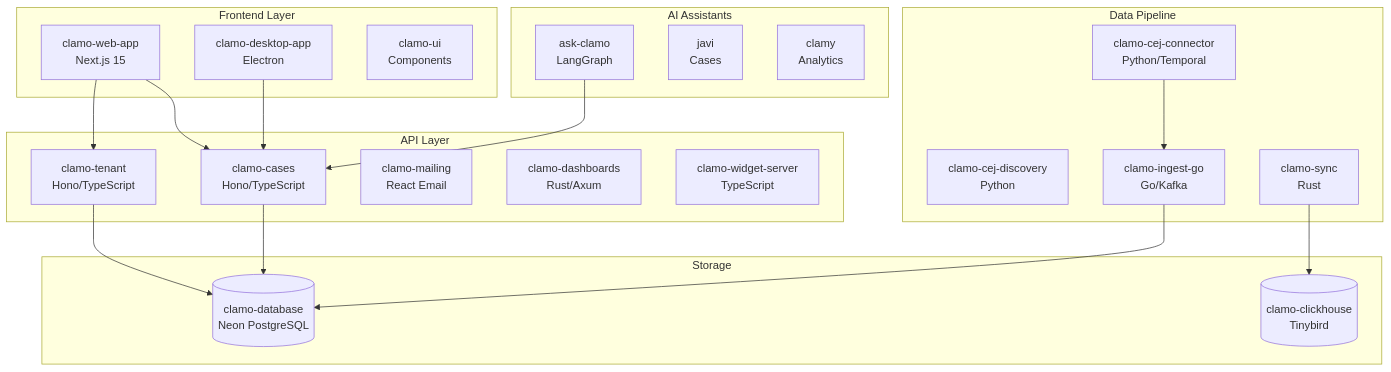
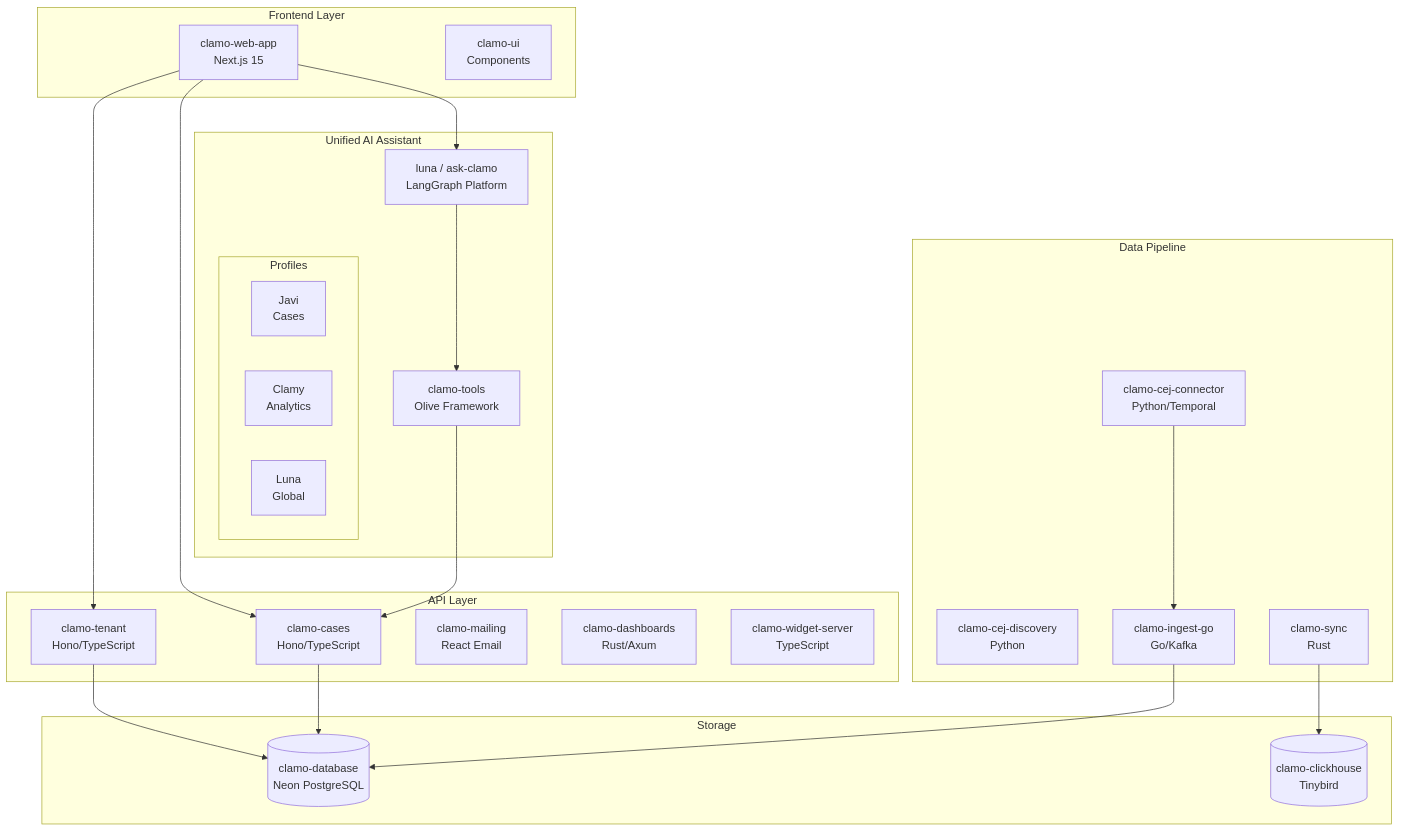
Before and after one commit to GetClamo/docs: the first of 3 diagrams in en/getting-started/architecture.mdx, drawn with Mermaid. The commit also changed other lines of this file and 7 other files, not shown here.

First line of the commit message:
docs: update architecture and quick start documentation for unified AI assistant and trusted sources

````diff
--- a/en/getting-started/architecture.mdx
+++ b/en/getting-started/architecture.mdx
@@ -12,44 +12,48 @@
 ```mermaid
 flowchart TB
     subgraph Frontend [Frontend Layer]
         WebApp[clamo-web-app<br/>Next.js 15]
-        DesktopApp[clamo-desktop-app<br/>Electron]
         UI[clamo-ui<br/>Components]
     end
 
     subgraph API [API Layer]
         Tenant[clamo-tenant<br/>Hono/TypeScript]
         Cases[clamo-cases<br/>Hono/TypeScript]
         Mailing[clamo-mailing<br/>React Email]
         Dashboards[clamo-dashboards<br/>Rust/Axum]
         Widget[clamo-widget-server<br/>TypeScript]
     end
 
-    subgraph AI [AI Assistants]
-        AskClamo[ask-clamo<br/>LangGraph]
-        Javi[javi<br/>Cases]
-        Clamy[clamy<br/>Analytics]
+    subgraph AI [Unified AI Assistant]
+        AskClamo[luna / ask-clamo<br/>LangGraph Platform]
+        subgraph Profiles [Profiles]
+            Javi[Javi<br/>Cases]
+            Clamy[Clamy<br/>Analytics]
+            Luna[Luna<br/>Global]
+        end
+        ClamoTools[clamo-tools<br/>Olive Framework]
     end
 
     subgraph Pipeline [Data Pipeline]
         CEJ[clamo-cej-connector<br/>Python/Temporal]
         Discovery[clamo-cej-discovery<br/>Python]
         Ingest[clamo-ingest-go<br/>Go/Kafka]
         Sync[clamo-sync<br/>Rust]
     end
 
     subgraph Storage [Storage]
         DB[(clamo-database<br/>Neon PostgreSQL)]
         Analytics[(clamo-clickhouse<br/>Tinybird)]
     end
 
     WebApp --> Tenant
     WebApp --> Cases
-    DesktopApp --> Cases
+    WebApp --> AskClamo
     Tenant --> DB
     Cases --> DB
     CEJ --> Ingest
     Ingest --> DB
     Sync --> Analytics
-    AskClamo --> Cases
+    AskClamo --> ClamoTools
+    ClamoTools --> Cases
 ```
````
